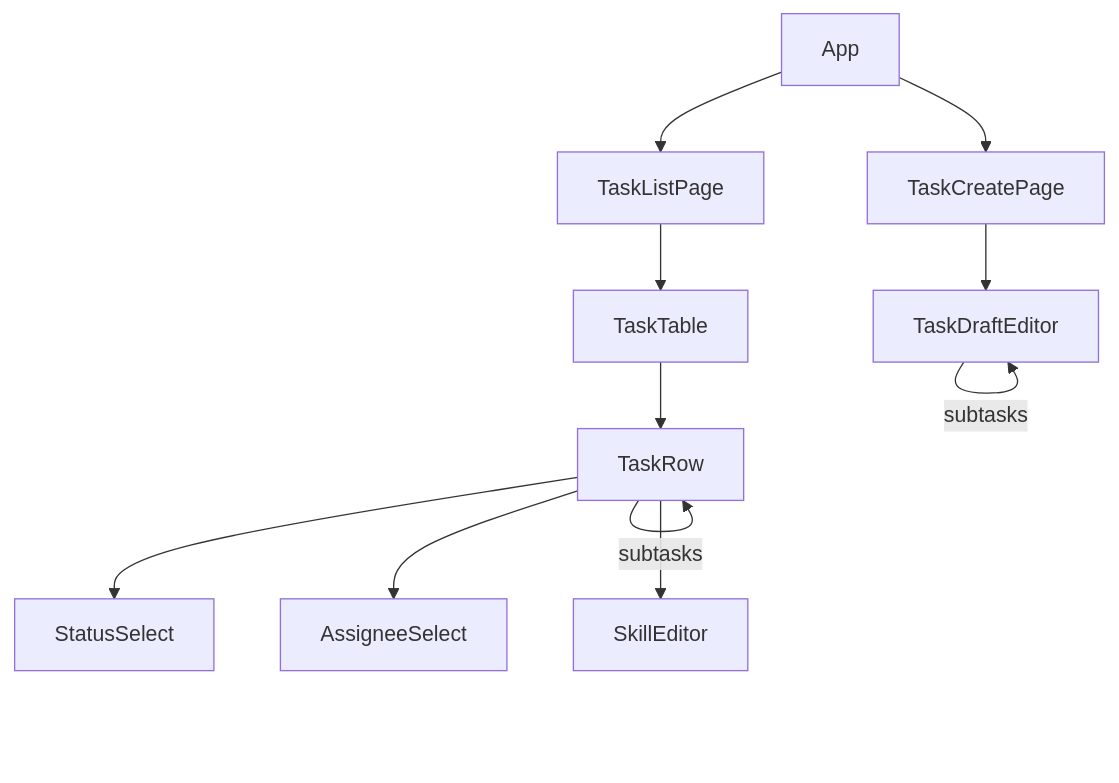
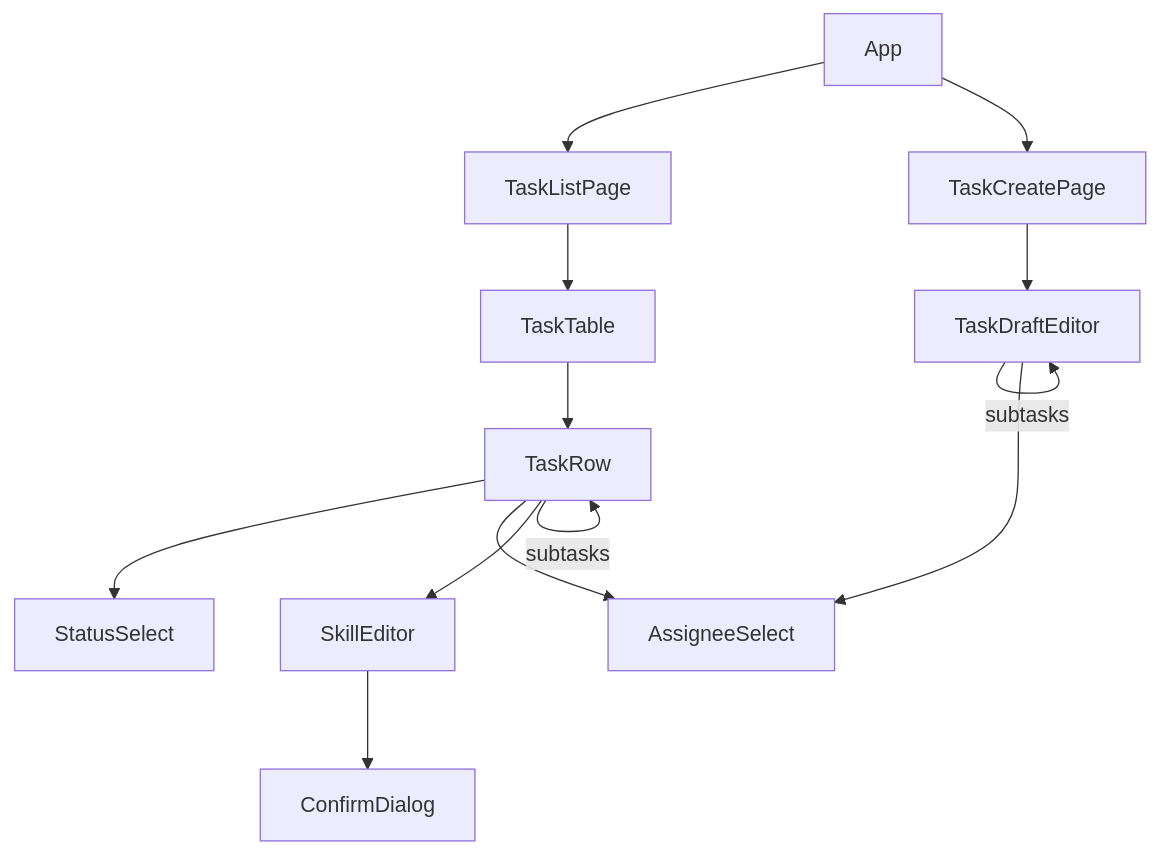
The diagram in docs/frontend.md (hanchiang/task-assignment-app), drawn with Mermaid before and after one commit. The commit also changed other lines of this file and 26 other files, not shown here.

````diff
--- a/docs/frontend.md
+++ b/docs/frontend.md
@@ -32,8 +38,10 @@
 ```mermaid
 flowchart TB
     App --> TaskListPage --> TaskTable --> TaskRow
     TaskRow --> StatusSelect & AssigneeSelect & SkillEditor
     TaskRow -->|subtasks| TaskRow
     App --> TaskCreatePage --> TaskDraftEditor
     TaskDraftEditor -->|subtasks| TaskDraftEditor
+    TaskDraftEditor --> AssigneeSelect
+    SkillEditor --> ConfirmDialog
 ```
````
